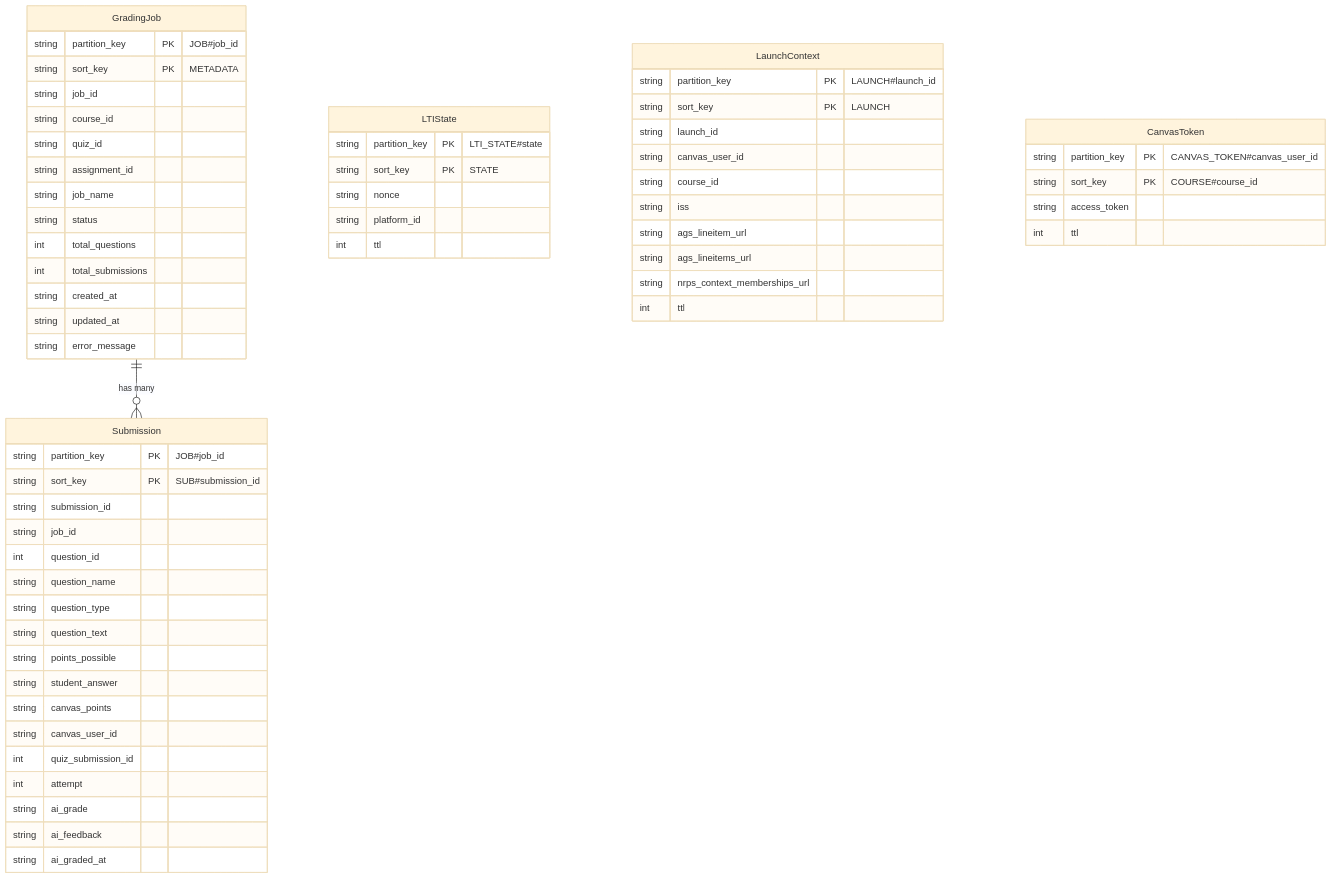
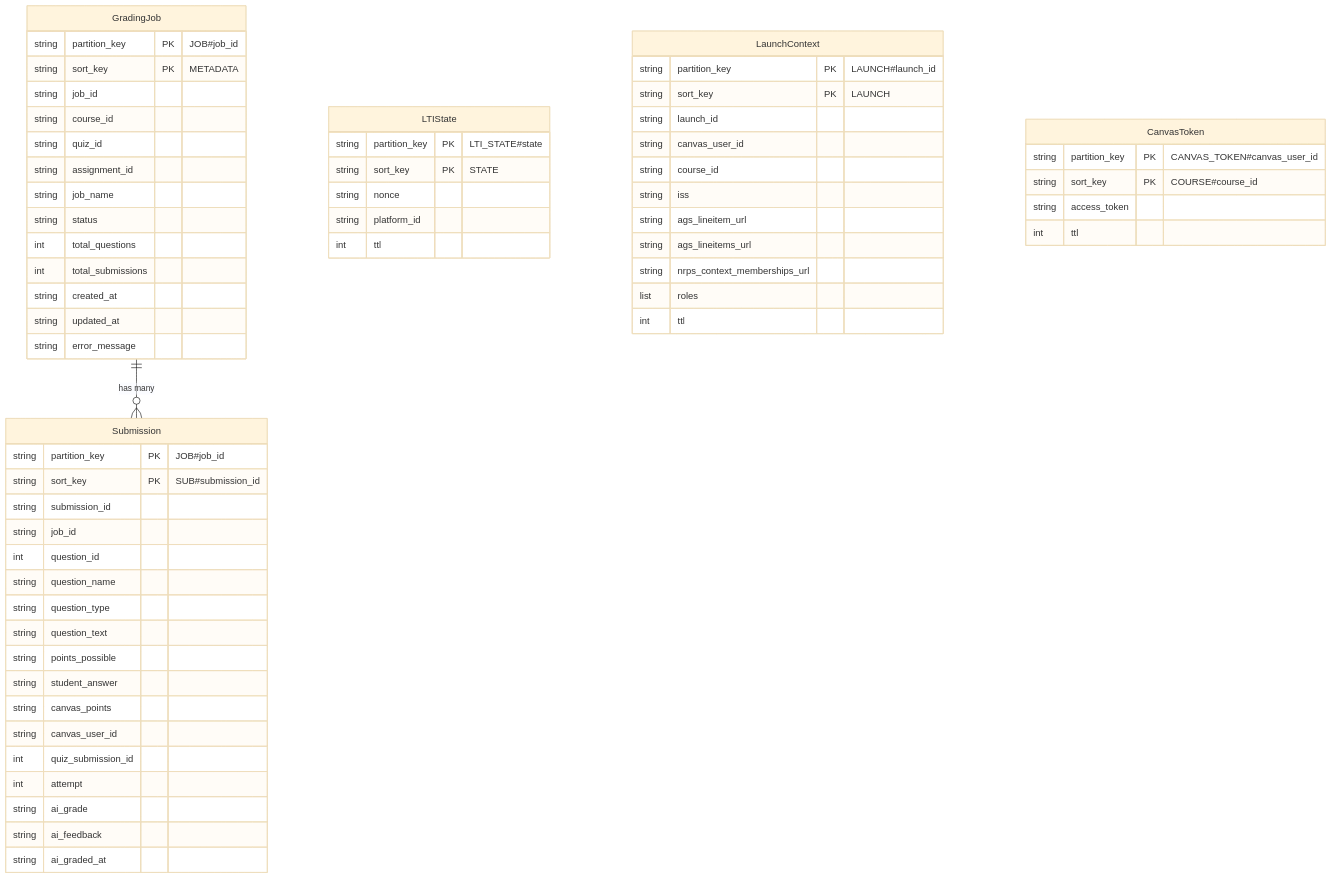
One commit to UBCForestryTLS/grading-helper-service changed the diagram in docs/data-models/index.md. Above: the diagram before and after it, drawn with Mermaid (base theme). The commit also changed other lines of this file, not shown here.

Commit message:
Update data models documentation to reflect storing roles

````diff
--- a/docs/data-models/index.md
+++ b/docs/data-models/index.md
@@ -9,68 +9,69 @@
 ```mermaid
 erDiagram
     GradingJob {
         string partition_key PK "JOB#job_id"
         string sort_key PK "METADATA"
         string job_id
         string course_id
         string quiz_id
         string assignment_id
         string job_name
         string status
         int total_questions
         int total_submissions
         string created_at
         string updated_at
         string error_message
     }
 
     Submission {
         string partition_key PK "JOB#job_id"
         string sort_key PK "SUB#submission_id"
         string submission_id
         string job_id
         int question_id
         string question_name
         string question_type
         string question_text
         string points_possible
         string student_answer
         string canvas_points
         string canvas_user_id
         int quiz_submission_id
         int attempt
         string ai_grade
         string ai_feedback
         string ai_graded_at
     }
 
     LTIState {
         string partition_key PK "LTI_STATE#state"
         string sort_key PK "STATE"
         string nonce
         string platform_id
         int ttl
     }
 
     LaunchContext {
         string partition_key PK "LAUNCH#launch_id"
         string sort_key PK "LAUNCH"
         string launch_id
         string canvas_user_id
         string course_id
         string iss
         string ags_lineitem_url
         string ags_lineitems_url
         string nrps_context_memberships_url
+        list roles
         int ttl
     }
 
     CanvasToken {
         string partition_key PK "CANVAS_TOKEN#canvas_user_id"
         string sort_key PK "COURSE#course_id"
         string access_token
         int ttl
     }
 
     GradingJob ||--o{ Submission : "has many"
 ```
````
